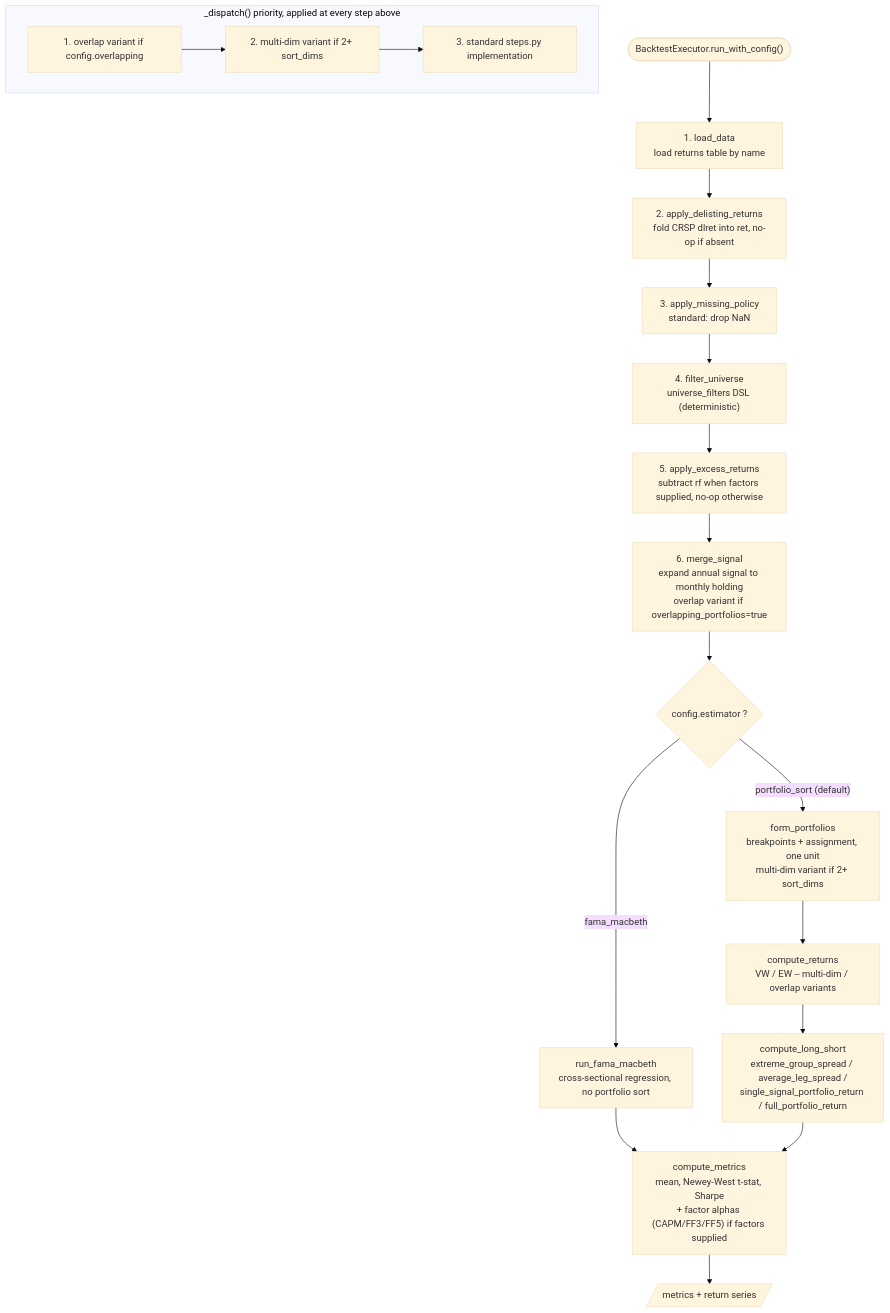
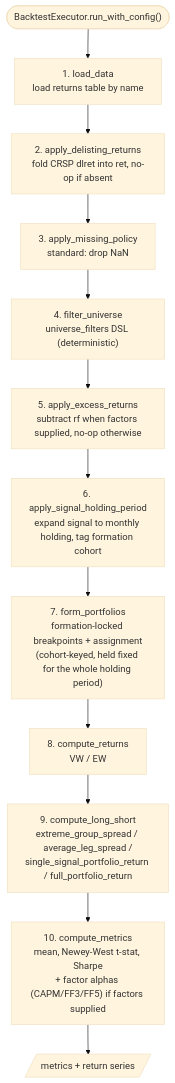
The second of 2 diagrams in docs/architecture.md (xiaohai12/factor-replication-agent), drawn with Mermaid (base theme) before and after one commit. The commit also changed other lines of this file and 49 other files, not shown here.

````diff
--- a/docs/architecture.md
+++ b/docs/architecture.md
@@ -300,25 +293,14 @@
 ```mermaid
 flowchart TD
     START(["BacktestExecutor.run_with_config()"]) --> S1["1. load_data<br/>load returns table by name"]
     S1 --> S2["2. apply_delisting_returns<br/>fold CRSP dlret into ret, no-op if absent"]
     S2 --> S3["3. apply_missing_policy<br/>standard: drop NaN"]
     S3 --> S4["4. filter_universe<br/>universe_filters DSL (deterministic)"]
     S4 --> S5["5. apply_excess_returns<br/>subtract rf when factors supplied, no-op otherwise"]
-    S5 --> S6["6. merge_signal<br/>expand annual signal to monthly holding<br/>overlap variant if overlapping_portfolios=true"]
-
-    S6 --> EST{"config.estimator ?"}
-    EST -->|"fama_macbeth"| FM["run_fama_macbeth<br/>cross-sectional regression, no portfolio sort"]
-    FM --> METRICS
-
-    EST -->|"portfolio_sort (default)"| FP["form_portfolios<br/>breakpoints + assignment, one unit<br/>multi-dim variant if 2+ sort_dims"]
-    FP --> CR["compute_returns<br/>VW / EW -- multi-dim / overlap variants"]
-    CR --> CLS["compute_long_short<br/>extreme_group_spread / average_leg_spread /<br/>single_signal_portfolio_return / full_portfolio_return"]
-    CLS --> METRICS["compute_metrics<br/>mean, Newey-West t-stat, Sharpe<br/>+ factor alphas (CAPM/FF3/FF5) if factors supplied"]
-
+    S5 --> S6["6. apply_signal_holding_period<br/>expand signal to monthly holding, tag formation cohort"]
+    S6 --> FP["7. form_portfolios<br/>formation-locked breakpoints + assignment<br/>(cohort-keyed, held fixed for the whole holding period)"]
+    FP --> CR["8. compute_returns<br/>VW / EW"]
+    CR --> CLS["9. compute_long_short<br/>extreme_group_spread / average_leg_spread /<br/>single_signal_portfolio_return / full_portfolio_return"]
+    CLS --> METRICS["10. compute_metrics<br/>mean, Newey-West t-stat, Sharpe<br/>+ factor alphas (CAPM/FF3/FF5) if factors supplied"]
     METRICS --> RESULT[/"metrics + return series"/]
-
-    subgraph DISPATCH["_dispatch() priority, applied at every step above"]
-        direction LR
-        H2["1. overlap variant if config.overlapping"] --> H3["2. multi-dim variant if 2+ sort_dims"] --> H4["3. standard steps.py implementation"]
-    end
 ```
````
